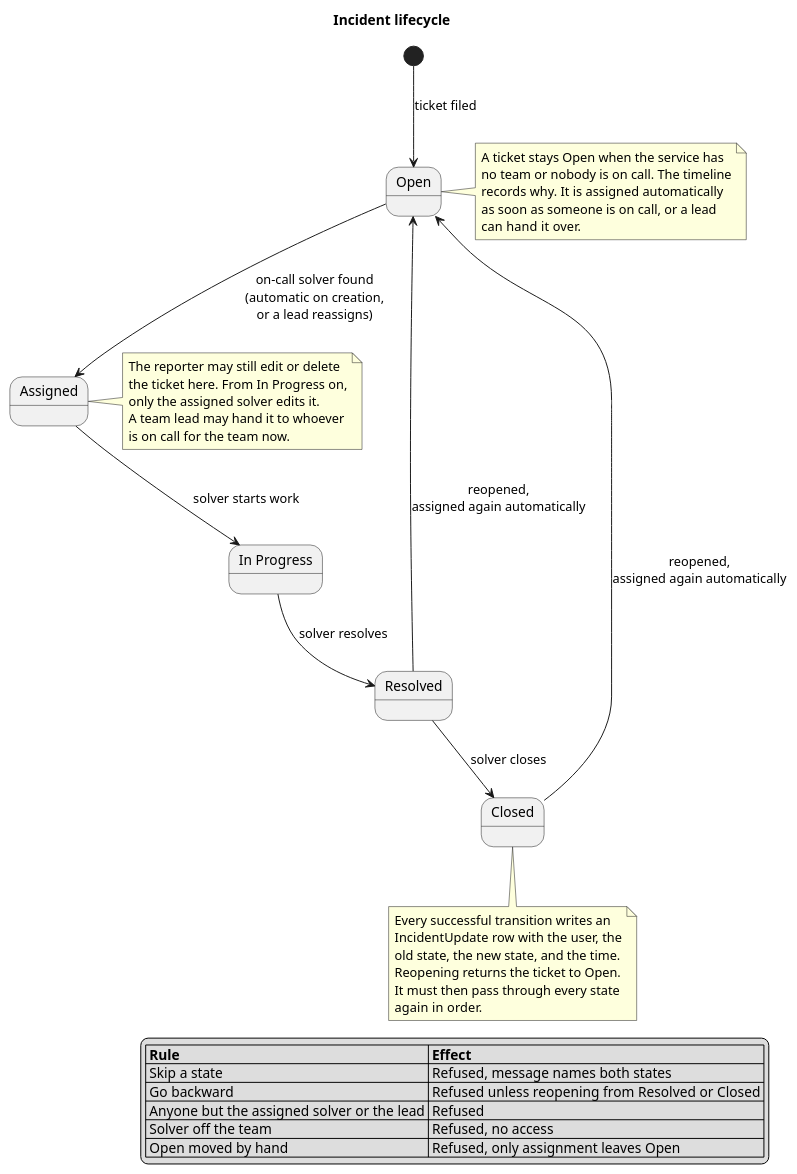
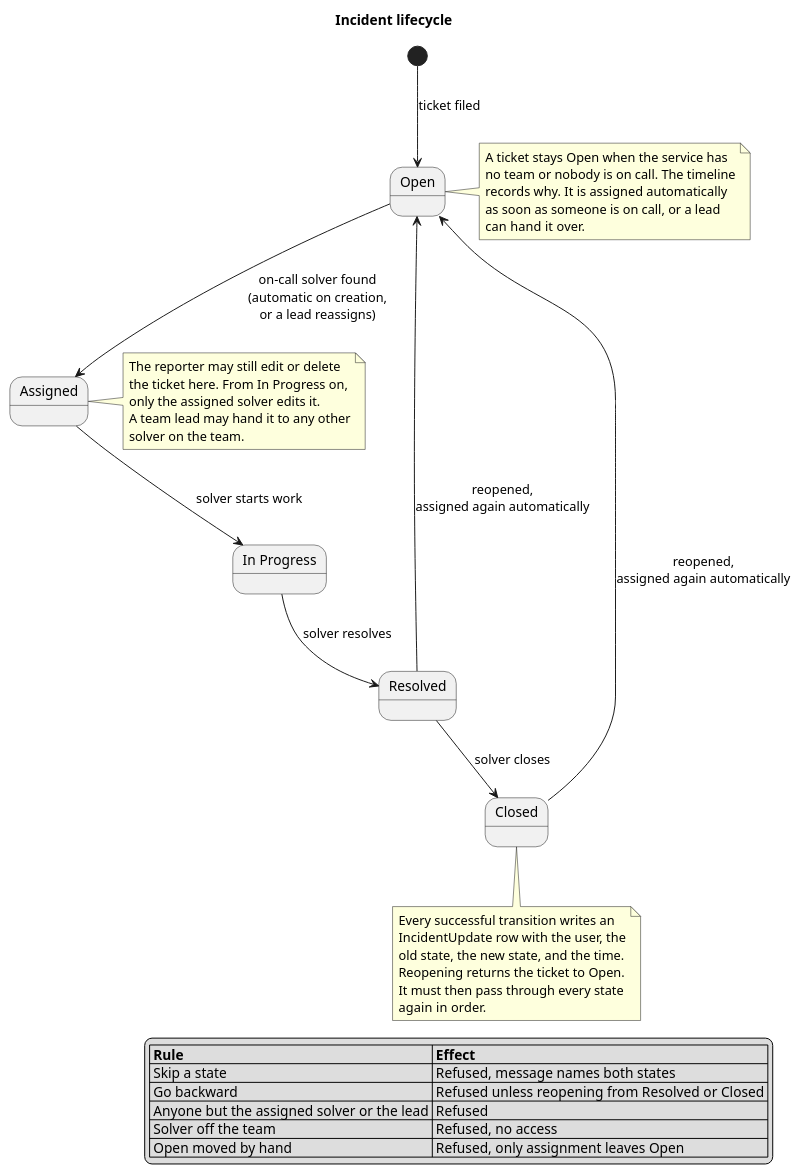
One commit to ZiedRbd/COSC-3339-Fall-2026-Term-Project changed the diagram in docs/incident-state-machine.puml. Above: the diagram before and after it, drawn with PlantUML. The commit also changed 7 other files, not shown here.

Commit message:
A lead can reassign an active ticket to any solver on the team, with the one on call suggested

```diff
--- a/docs/incident-state-machine.puml
+++ b/docs/incident-state-machine.puml
@@ -1,48 +1,48 @@
 @startuml
 title Incident lifecycle
 
 [*] --> Open : ticket filed
 
 state "In Progress" as InProgress
 
 Open --> Assigned : on-call solver found\n(automatic on creation,\nor a lead reassigns)
 Assigned --> InProgress : solver starts work
 InProgress --> Resolved : solver resolves
 Resolved --> Closed : solver closes
 Resolved --> Open : reopened,\nassigned again automatically
 Closed --> Open : reopened,\nassigned again automatically
 
 note right of Open
   A ticket stays Open when the service has
   no team or nobody is on call. The timeline
   records why. It is assigned automatically
   as soon as someone is on call, or a lead
   can hand it over.
 end note
 
 note right of Assigned
   The reporter may still edit or delete
   the ticket here. From In Progress on,
   only the assigned solver edits it.
-  A team lead may hand it to whoever
-  is on call for the team now.
+  A team lead may hand it to any other
+  solver on the team.
 end note
 
 note bottom of Closed
   Every successful transition writes an
   IncidentUpdate row with the user, the
   old state, the new state, and the time.
   Reopening returns the ticket to Open.
   It must then pass through every state
   again in order.
 end note
 
 legend right
   |= Rule |= Effect |
   | Skip a state | Refused, message names both states |
   | Go backward | Refused unless reopening from Resolved or Closed |
   | Anyone but the assigned solver or the lead | Refused |
   | Solver off the team | Refused, no access |
   | Open moved by hand | Refused, only assignment leaves Open |
 endlegend
 @enduml
```
